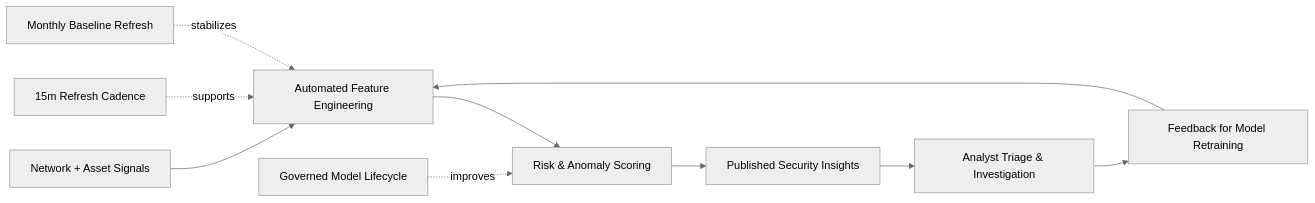
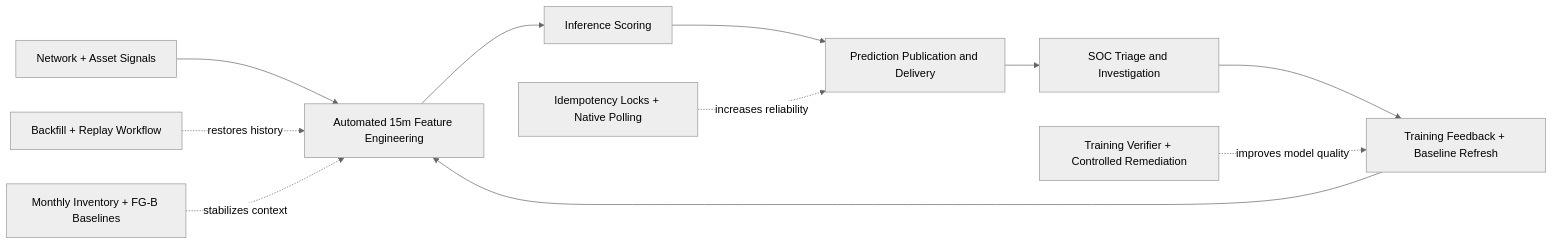
One commit to eyal-ran/ndr_features_pipeline changed the diagram in ndr_features_pipeline/docs/architecture/diagrams/stakeholder_value_flow.md. Above: the diagram before and after it, drawn with Mermaid (neutral theme). The commit also changed other lines of this file and 8 other files, not shown here.

````diff
--- a/ndr_features_pipeline/docs/architecture/diagrams/stakeholder_value_flow.md
+++ b/ndr_features_pipeline/docs/architecture/diagrams/stakeholder_value_flow.md
@@ -5,13 +7,14 @@
 ```mermaid
 flowchart LR
-    A[Network + Asset Signals] --> B[Automated Feature Engineering]
-    B --> C[Risk & Anomaly Scoring]
-    C --> D[Published Security Insights]
-    D --> E[Analyst Triage & Investigation]
-    E --> F[Feedback for Model Retraining]
+    A[Network + Asset Signals] --> B[Automated 15m Feature Engineering]
+    B --> C[Inference Scoring]
+    C --> D[Prediction Publication and Delivery]
+    D --> E[SOC Triage and Investigation]
+    E --> F[Training Feedback + Baseline Refresh]
     F --> B
 
-    B1[15m Refresh Cadence] -. supports .-> B
-    B2[Monthly Baseline Refresh] -. stabilizes .-> B
-    B3[Governed Model Lifecycle] -. improves .-> C
+    A1[Backfill + Replay Workflow] -. restores history .-> B
+    A2[Monthly Inventory + FG-B Baselines] -. stabilizes context .-> B
+    A3[Training Verifier + Controlled Remediation] -. improves model quality .-> F
+    A4[Idempotency Locks + Native Polling] -. increases reliability .-> D
 ```
````
